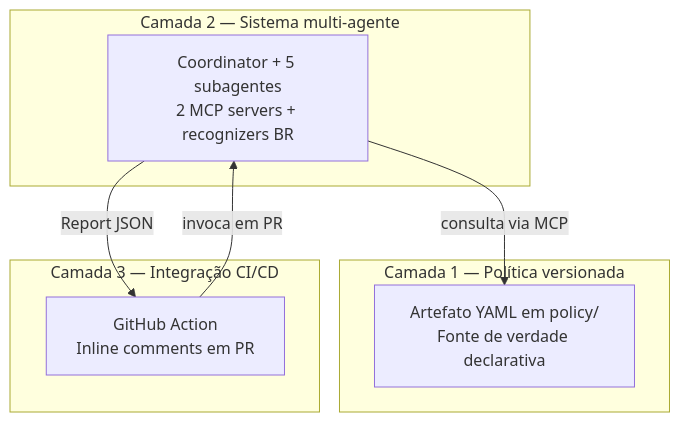
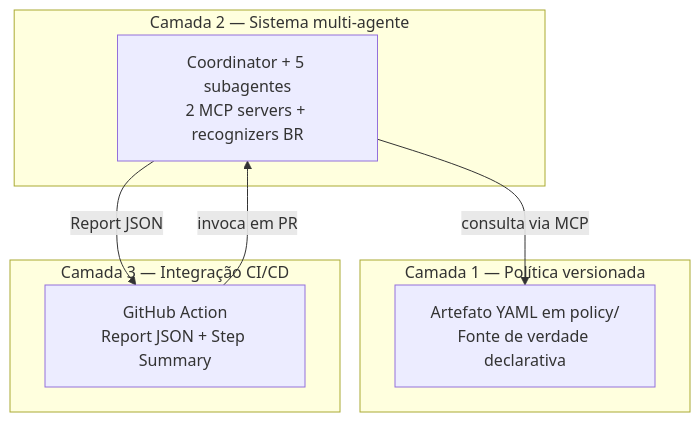
Before and after one commit to paivapereira/lgpd-policy-review: the first of 2 diagrams in docs/architecture-overview.md, drawn with Mermaid. The commit also changed other lines of this file and 5 other files, not shown here.

````diff
--- a/docs/architecture-overview.md
+++ b/docs/architecture-overview.md
@@ -27,18 +27,18 @@
 ```mermaid
 flowchart TB
     subgraph L1[Camada 1 — Política versionada]
         P[Artefato YAML em policy/<br/>Fonte de verdade declarativa]
     end
 
     subgraph L2[Camada 2 — Sistema multi-agente]
         M[Coordinator + 5 subagentes<br/>2 MCP servers + recognizers BR]
     end
 
     subgraph L3[Camada 3 — Integração CI/CD]
-        C[GitHub Action<br/>Inline comments em PR]
+        C[GitHub Action<br/>Report JSON + Step Summary]
     end
 
     M -->|consulta via MCP| P
     C -->|invoca em PR| M
     M -->|Report JSON| C
 ```
````
